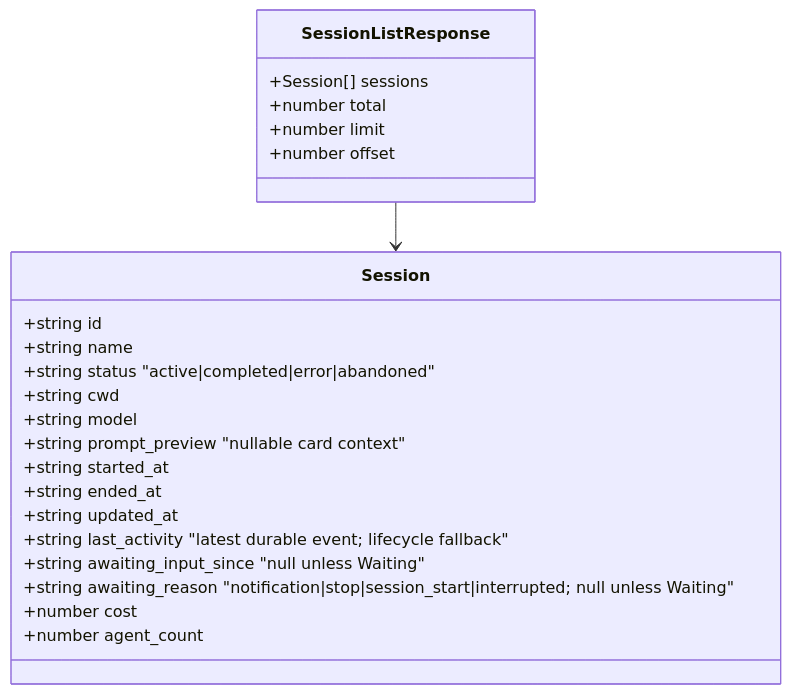
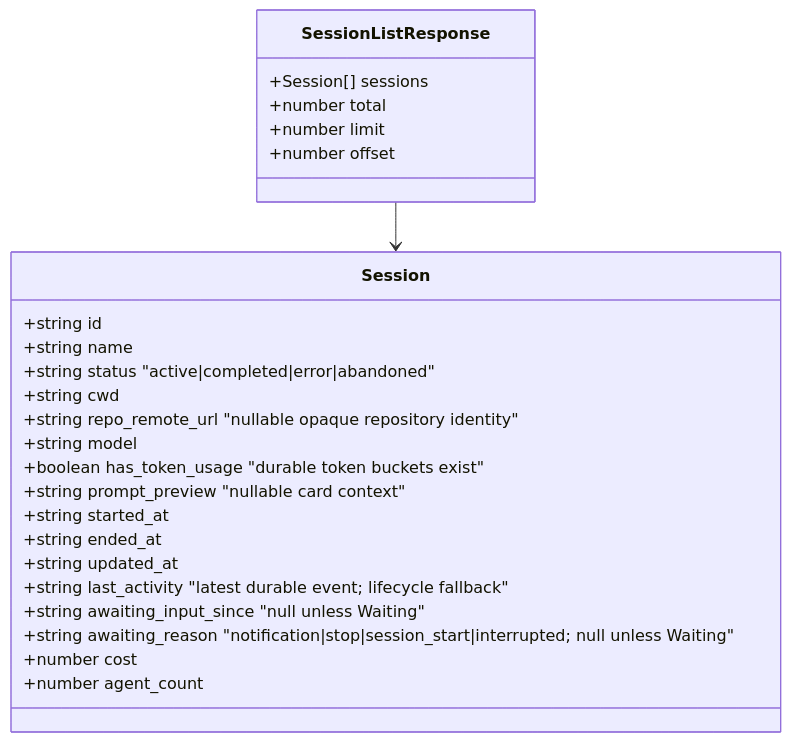
The third of 8 diagrams in docs/API.md (Doccy008/Claude-Code-Agent-Monitor), drawn with Mermaid before and after one commit. The commit also changed other lines of this file and 9 other files, not shown here.

````diff
--- a/docs/API.md
+++ b/docs/API.md
@@ -213,28 +219,30 @@
 ```mermaid
 classDiagram
     class SessionListResponse {
         +Session[] sessions
         +number total
         +number limit
         +number offset
     }
     
     class Session {
         +string id
         +string name
         +string status "active|completed|error|abandoned"
         +string cwd
+        +string repo_remote_url "nullable opaque repository identity"
         +string model
+        +boolean has_token_usage "durable token buckets exist"
         +string prompt_preview "nullable card context"
         +string started_at
         +string ended_at
         +string updated_at
         +string last_activity "latest durable event; lifecycle fallback"
         +string awaiting_input_since "null unless Waiting"
         +string awaiting_reason "notification|stop|session_start|interrupted; null unless Waiting"
         +number cost
         +number agent_count
     }
     
     SessionListResponse --> Session
 ```
````
